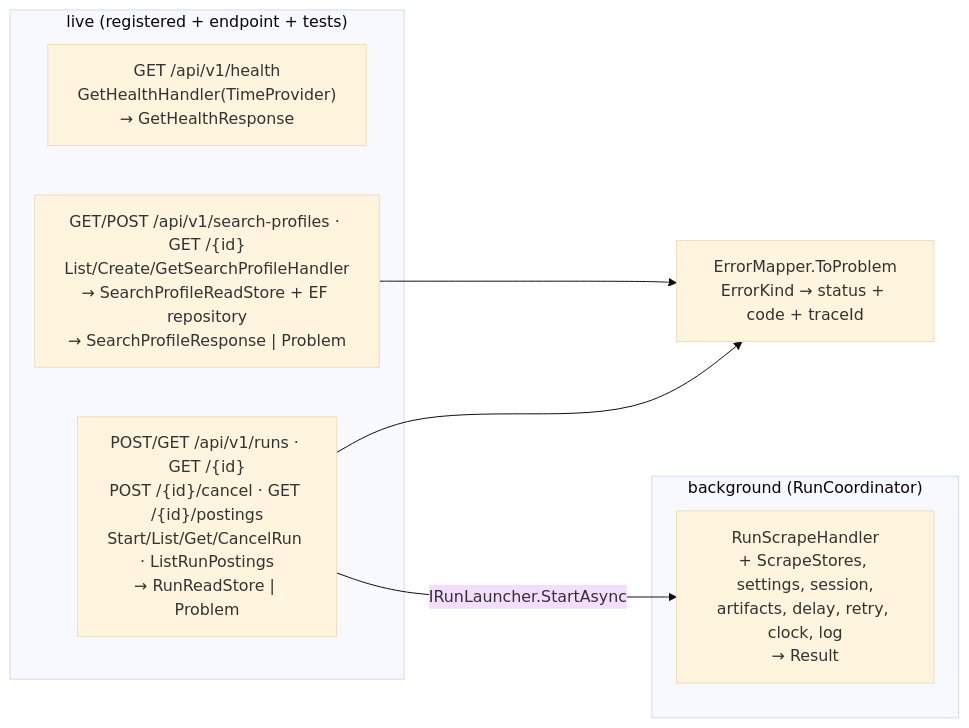
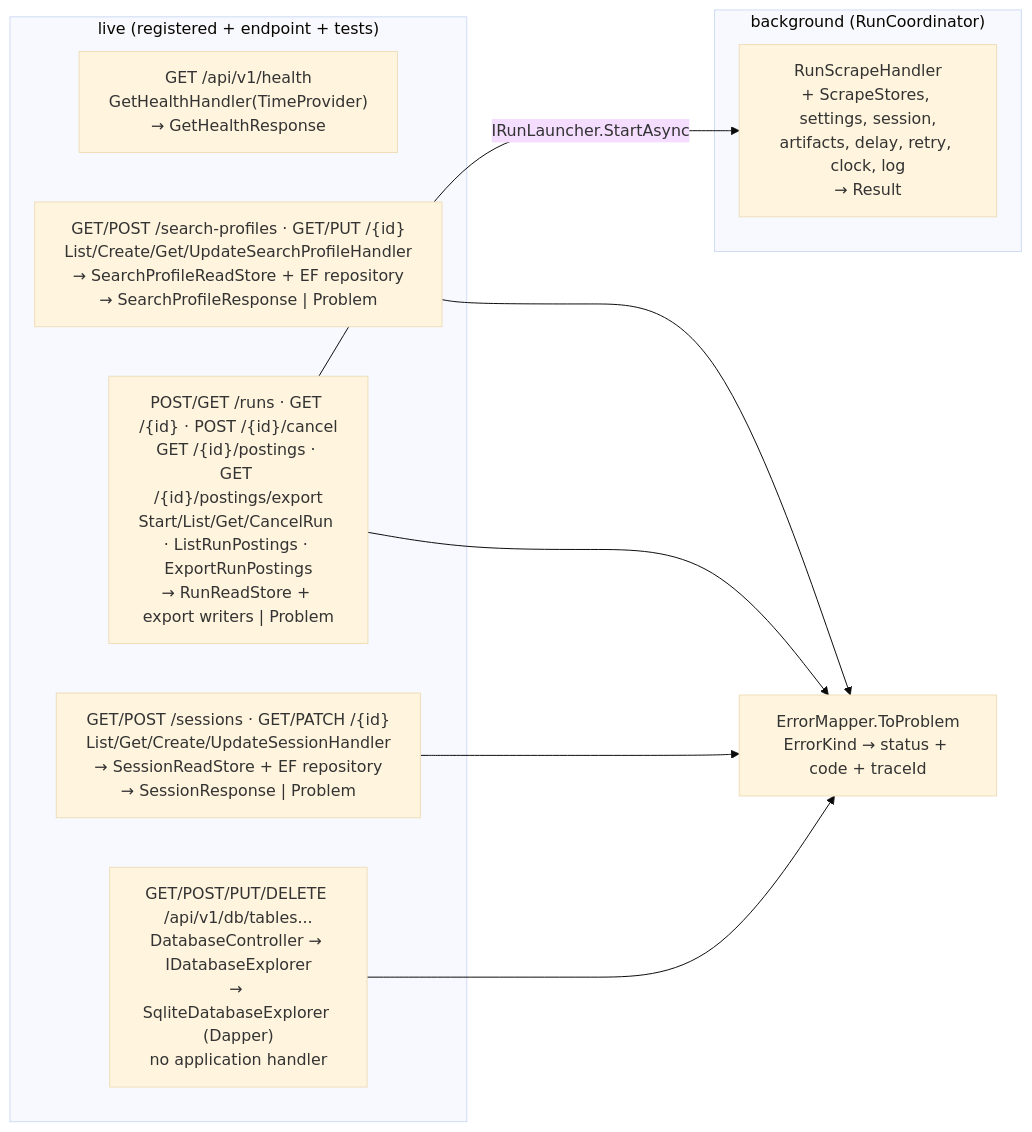
Before and after one commit to AslamNazeerShaikh/PlaywrightDotNet: the fifth of 12 diagrams in docs/02-architecture.md, drawn with Mermaid (base theme). The commit also changed other lines of this file and 2 other files, not shown here.

First line of the commit message:
docs(architecture): redraw diagram and refresh architecture doc

````diff
--- a/docs/02-architecture.md
+++ b/docs/02-architecture.md
@@ -216,14 +239,18 @@
 ```mermaid
 flowchart LR
     subgraph LIVE["live (registered + endpoint + tests)"]
         H1["GET /api/v1/health<br/>GetHealthHandler(TimeProvider)<br/>→ GetHealthResponse"]
-        H2["GET/POST /api/v1/search-profiles · GET /{id}<br/>List/Create/GetSearchProfileHandler<br/>→ SearchProfileReadStore + EF repository<br/>→ SearchProfileResponse | Problem"]
-        H4["POST/GET /api/v1/runs · GET /{id}<br/>POST /{id}/cancel · GET /{id}/postings<br/>Start/List/Get/CancelRun · ListRunPostings<br/>→ RunReadStore | Problem"]
+        H2["GET/POST /search-profiles · GET/PUT /{id}<br/>List/Create/Get/UpdateSearchProfileHandler<br/>→ SearchProfileReadStore + EF repository<br/>→ SearchProfileResponse | Problem"]
+        H5["GET/POST /sessions · GET/PATCH /{id}<br/>List/Get/Create/UpdateSessionHandler<br/>→ SessionReadStore + EF repository<br/>→ SessionResponse | Problem"]
+        H4["POST/GET /runs · GET /{id} · POST /{id}/cancel<br/>GET /{id}/postings · GET /{id}/postings/export<br/>Start/List/Get/CancelRun · ListRunPostings · ExportRunPostings<br/>→ RunReadStore + export writers | Problem"]
+        H6["GET/POST/PUT/DELETE /api/v1/db/tables...<br/>DatabaseController → IDatabaseExplorer<br/>→ SqliteDatabaseExplorer (Dapper)<br/>no application handler"]
     end
     subgraph BG["background (RunCoordinator)"]
         H3["RunScrapeHandler<br/>+ ScrapeStores, settings, session,<br/>artifacts, delay, retry, clock, log<br/>→ Result<ScrapeRunSummary>"]
     end
     H2 --> ERR["ErrorMapper.ToProblem<br/>ErrorKind → status + code + traceId"]
     H4 --> ERR
+    H5 --> ERR
+    H6 --> ERR
     H4 -->|IRunLauncher.StartAsync| H3
 ```
````
